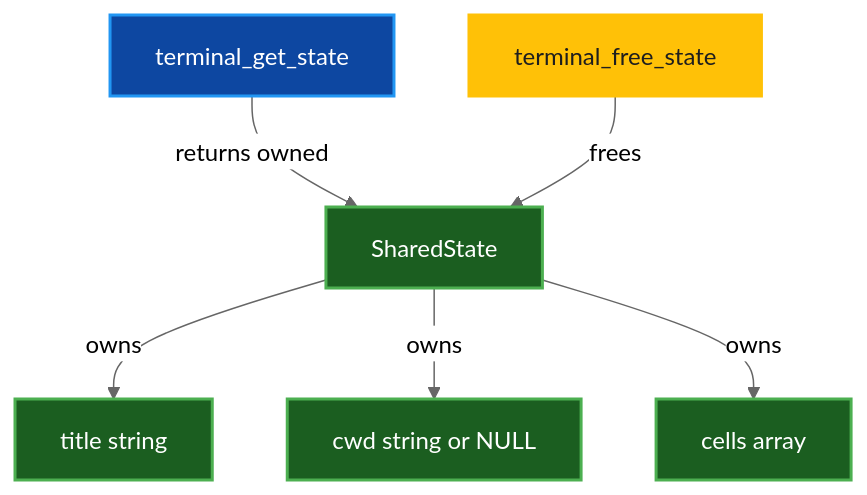
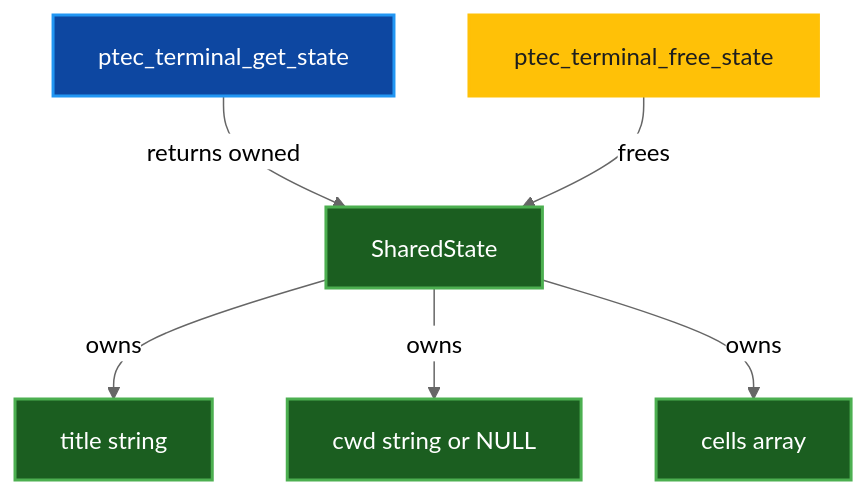
Before and after one commit to paulrobello/par-term-emu-core-rust: the second of 2 diagrams in docs/FFI_GUIDE.md, drawn with Mermaid (neutral theme). The commit also changed other lines of this file and 19 other files, not shown here.

````diff
--- a/docs/FFI_GUIDE.md
+++ b/docs/FFI_GUIDE.md
@@ -354,15 +354,15 @@
 ```mermaid
 graph TD
-    A[terminal_get_state] -->|returns owned| B[SharedState]
+    A[ptec_terminal_get_state] -->|returns owned| B[SharedState]
     B -->|owns| C[title string]
     B -->|owns| D[cwd string or NULL]
     B -->|owns| E[cells array]
-    F[terminal_free_state] -->|frees| B
+    F[ptec_terminal_free_state] -->|frees| B
 
     classDef api fill:#0d47a1,stroke:#2196f3,stroke-width:2px,color:#ffffff
     classDef owned fill:#1b5e20,stroke:#4caf50,stroke-width:2px,color:#ffffff
     classDef free fill:#FFC107,stroke:#FFC107,stroke-width:2px,color:#1E1E1E
     class A api
     class B,C,D,E owned
     class F free
 ```
````
